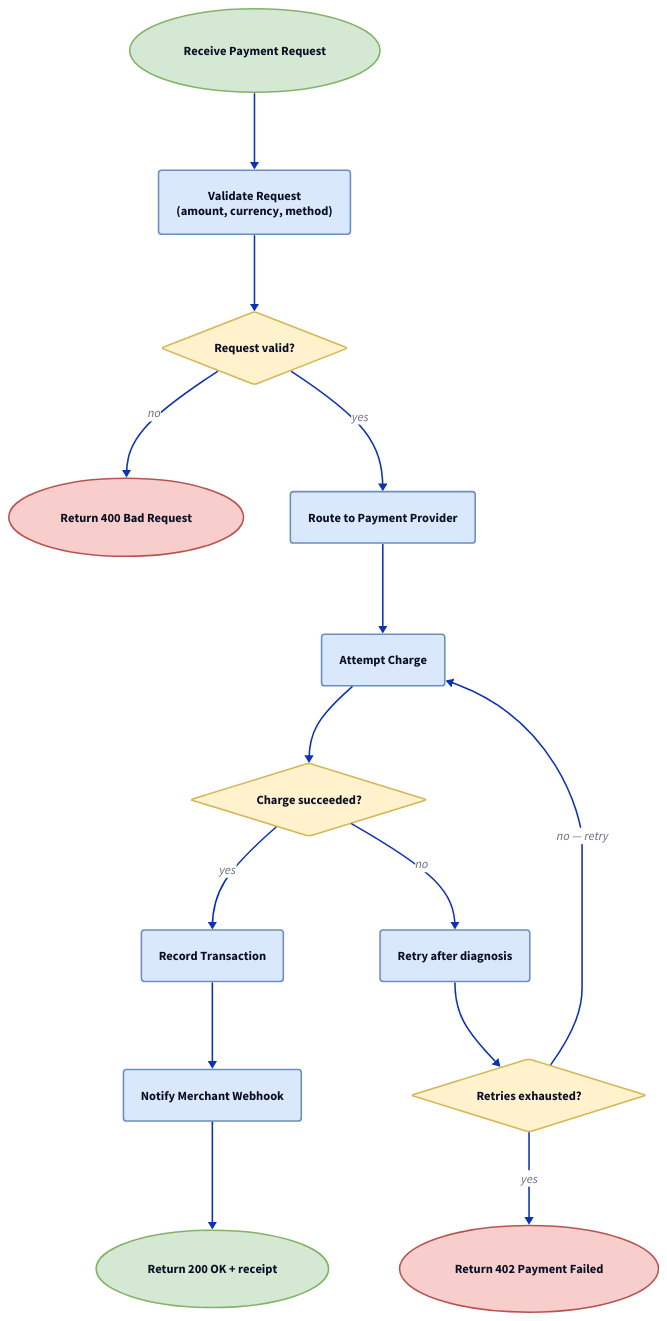
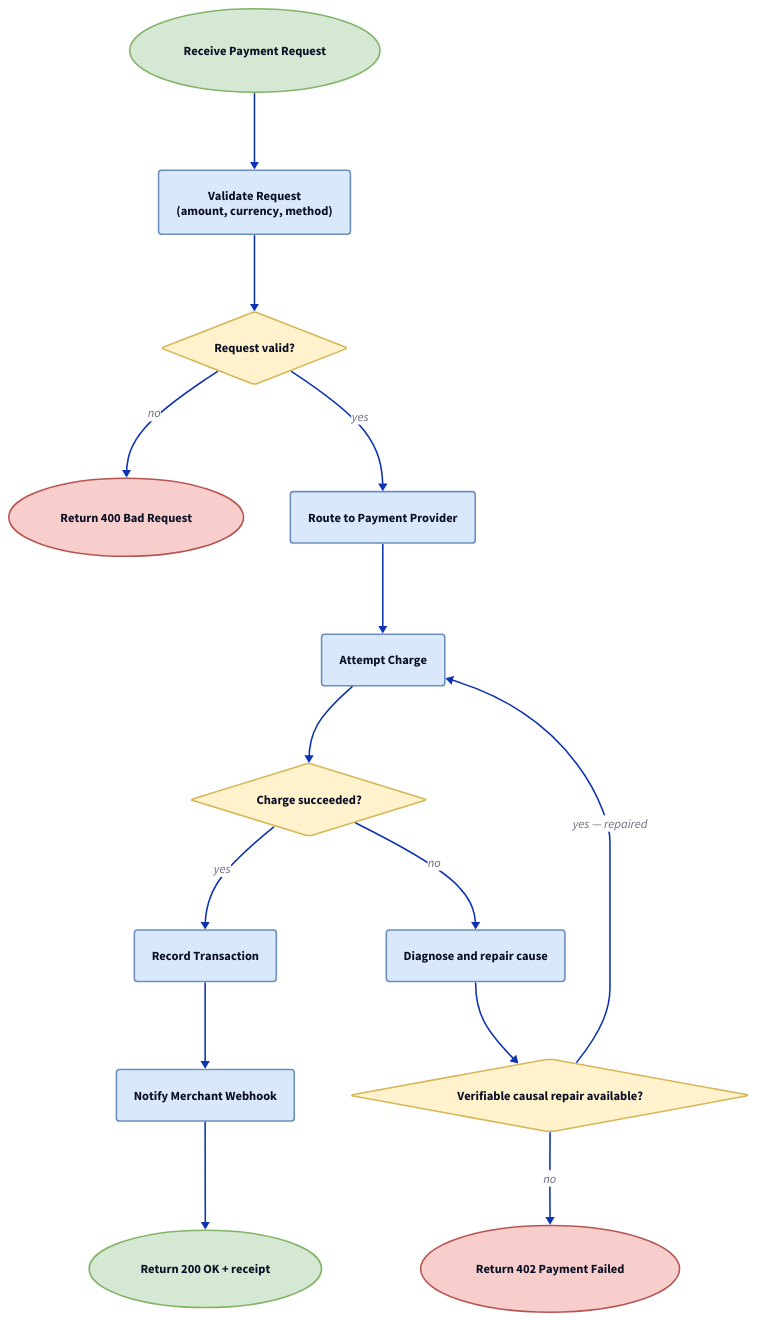
One commit to valianx/team-harness changed the ninth of 9 diagrams in plugins/team-harness/skills/d2-diagram/references/patterns.md. Above: the diagram before and after it, drawn with D2. The commit also changed 28 other files, not shown here.

````diff
--- a/plugins/team-harness/skills/d2-diagram/references/patterns.md
+++ b/plugins/team-harness/skills/d2-diagram/references/patterns.md
@@ -646,65 +646,65 @@
 ```d2
 # Payment Processing Flow
 # Type: flowchart
 
 direction: down
 
 classes: {
   process: {
     style: {
       fill: "#dae8fc"
       stroke: "#6c8ebf"
       border-radius: 4
     }
   }
   decision: {
     shape: diamond
     style: {
       fill: "#fff2cc"
       stroke: "#d6b656"
     }
   }
   terminal: {
     shape: oval
     style: {
       fill: "#d5e8d4"
       stroke: "#82b366"
     }
   }
   error_terminal: {
     shape: oval
     style: {
       fill: "#f8cecc"
       stroke: "#b85450"
     }
   }
 }
 
 start: "Receive Payment Request" {class: terminal}
 validate: "Validate Request\n(amount, currency, method)" {class: process}
 valid_check: "Request valid?" {class: decision}
 reject: "Return 400 Bad Request" {class: error_terminal}
 route: "Route to Payment Provider" {class: process}
 charge: "Attempt Charge" {class: process}
 charge_check: "Charge succeeded?" {class: decision}
-retry: "Retry after diagnosis" {class: process}
-retry_check: "Retries exhausted?" {class: decision}
+retry: "Diagnose and repair cause" {class: process}
+retry_check: "Verifiable causal repair available?" {class: decision}
 fail: "Return 402 Payment Failed" {class: error_terminal}
 record: "Record Transaction" {class: process}
 notify: "Notify Merchant Webhook" {class: process}
 success: "Return 200 OK + receipt" {class: terminal}
 
 start -> validate
 validate -> valid_check
 valid_check -> reject: "no"
 valid_check -> route: "yes"
 route -> charge
 charge -> charge_check
 charge_check -> record: "yes"
 charge_check -> retry: "no"
 retry -> retry_check
-retry_check -> charge: "no — retry"
-retry_check -> fail: "yes"
+retry_check -> charge: "yes — repaired"
+retry_check -> fail: "no"
 record -> notify
 notify -> success
 ```
````
